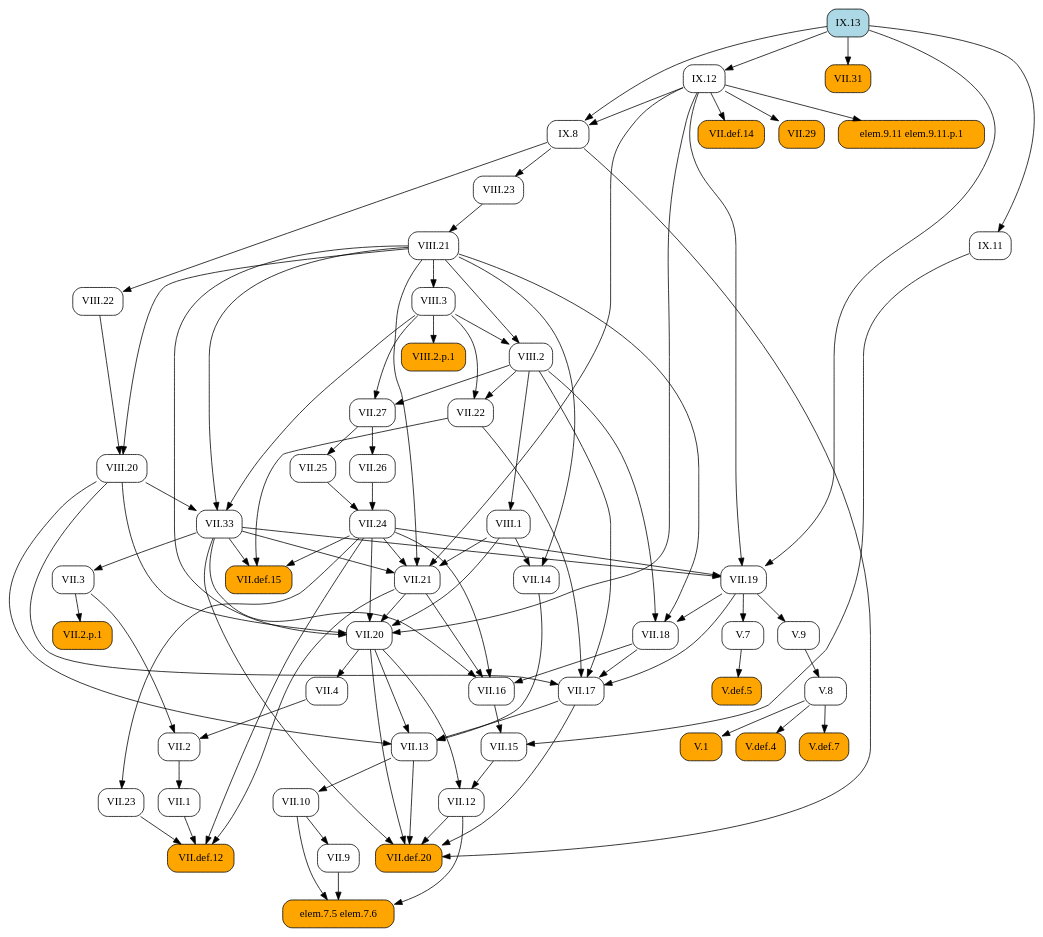
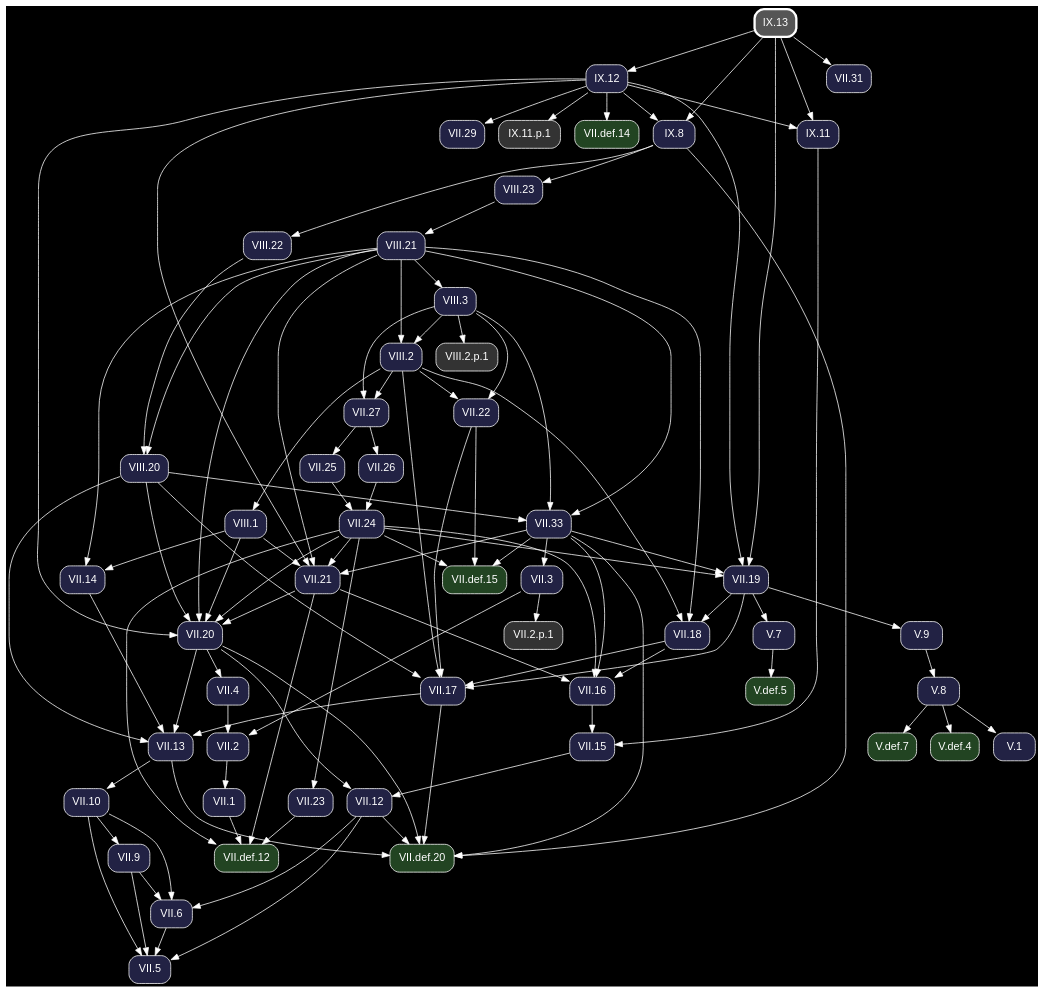
The diagram in docsrc/heath/IX/13/index.rst (geometor/elements), drawn with Graphviz before and after one commit. The commit also changed other lines of this file and 1200 other files, not shown here.

Commit message:
update dependency graphs

```diff
--- a/docsrc/heath/IX/13/index.rst
+++ b/docsrc/heath/IX/13/index.rst
@@ -100,155 +100,163 @@
 .. graphviz::
 
    digraph {
+     bgcolor="black";
+     node [shape=box, style="rounded,filled", fontname="Helvetica", color="white", fontcolor="white"];
+     edge [color="white", fontcolor="white"];
      rankdir="TB";
-     node [shape=box, style=rounded];
-     "IX.8" [URL="/heath/IX/8/", target="_top"];
-     "VII.def.14" [style="rounded,filled", fillcolor=orange, URL="/heath/VII/def.14/", target="_top"];
-     "VII.12" [URL="/heath/VII/12/", target="_top"];
-     "elem.7.5 elem.7.6" [style="rounded,filled", fillcolor=orange];
-     "VIII.20" [URL="/heath/VIII/20/", target="_top"];
-     "VII.33" [URL="/heath/VII/33/", target="_top"];
-     "VII.9" [URL="/heath/VII/9/", target="_top"];
-     "IX.12" [URL="/heath/IX/12/", target="_top"];
-     "VIII.2" [URL="/heath/VIII/2/", target="_top"];
-     "VII.18" [URL="/heath/VII/18/", target="_top"];
-     "VII.16" [URL="/heath/VII/16/", target="_top"];
-     "V.7" [URL="/heath/V/7/", target="_top"];
-     "VII.26" [URL="/heath/VII/26/", target="_top"];
-     "V.def.5" [style="rounded,filled", fillcolor=orange, URL="/heath/V/def.5/", target="_top"];
-     "V.9" [URL="/heath/V/9/", target="_top"];
-     "VII.10" [URL="/heath/VII/10/", target="_top"];
-     "VIII.3" [URL="/heath/VIII/3/", target="_top"];
-     "VII.13" [URL="/heath/VII/13/", target="_top"];
-     "VIII.23" [URL="/heath/VIII/23/", target="_top"];
-     "VII.29" [style="rounded,filled", fillcolor=orange, URL="/heath/VII/29/", target="_top"];
-     "VII.31" [style="rounded,filled", fillcolor=orange, URL="/heath/VII/31/", target="_top"];
-     "elem.9.11 elem.9.11.p.1" [style="rounded,filled", fillcolor=orange];
-     "VII.def.15" [style="rounded,filled", fillcolor=orange, URL="/heath/VII/def.15/", target="_top"];
-     "IX.13" [style="rounded,filled", fillcolor=lightblue, URL="/heath/IX/13/", target="_top"];
-     "VII.17" [URL="/heath/VII/17/", target="_top"];
-     "VII.19" [URL="/heath/VII/19/", target="_top"];
-     "VIII.2.p.1" [style="rounded,filled", fillcolor=orange];
-     "VII.2" [URL="/heath/VII/2/", target="_top"];
-     "VII.def.20" [style="rounded,filled", fillcolor=orange, URL="/heath/VII/def.20/", target="_top"];
-     "VII.2.p.1" [style="rounded,filled", fillcolor=orange];
-     "VII.15" [URL="/heath/VII/15/", target="_top"];
-     "V.def.4" [style="rounded,filled", fillcolor=orange, URL="/heath/V/def.4/", target="_top"];
-     "VIII.22" [URL="/heath/VIII/22/", target="_top"];
-     "V.def.7" [style="rounded,filled", fillcolor=orange, URL="/heath/V/def.7/", target="_top"];
-     "VIII.21" [URL="/heath/VIII/21/", target="_top"];
-     "VII.14" [URL="/heath/VII/14/", target="_top"];
-     "VII.27" [URL="/heath/VII/27/", target="_top"];
-     "VII.21" [URL="/heath/VII/21/", target="_top"];
-     "VII.1" [URL="/heath/VII/1/", target="_top"];
-     "VII.22" [URL="/heath/VII/22/", target="_top"];
-     "IX.11" [URL="/heath/IX/11/", target="_top"];
-     "VIII.1" [URL="/heath/VIII/1/", target="_top"];
-     "V.8" [URL="/heath/V/8/", target="_top"];
-     "VII.25" [URL="/heath/VII/25/", target="_top"];
-     "VII.23" [URL="/heath/VII/23/", target="_top"];
-     "VII.4" [URL="/heath/VII/4/", target="_top"];
-     "VII.def.12" [style="rounded,filled", fillcolor=orange, URL="/heath/VII/def.12/", target="_top"];
-     "V.1" [style="rounded,filled", fillcolor=orange, URL="/heath/V/1/", target="_top"];
-     "VII.3" [URL="/heath/VII/3/", target="_top"];
-     "VII.24" [URL="/heath/VII/24/", target="_top"];
-     "VII.20" [URL="/heath/VII/20/", target="_top"];
-     "IX.12" -> "IX.8";
-     "IX.13" -> "IX.8";
-     "IX.12" -> "VII.def.14";
-     "VII.15" -> "VII.12";
-     "VII.20" -> "VII.12";
-     "VII.9" -> "elem.7.5 elem.7.6";
-     "VII.10" -> "elem.7.5 elem.7.6";
-     "VII.12" -> "elem.7.5 elem.7.6";
-     "VIII.21" -> "VIII.20";
-     "VIII.22" -> "VIII.20";
+     "V.def.5" [fillcolor="#224422", URL="/heath/V/def.5/", target="_top"];
+     "VII.33" [fillcolor="#222244", URL="/heath/VII/33/", target="_top"];
+     "VII.29" [fillcolor="#222244", URL="/heath/VII/29/", target="_top"];
+     "VII.18" [fillcolor="#222244", URL="/heath/VII/18/", target="_top"];
+     "VII.2" [fillcolor="#222244", URL="/heath/VII/2/", target="_top"];
+     "IX.12" [fillcolor="#222244", URL="/heath/IX/12/", target="_top"];
+     "VII.def.20" [fillcolor="#224422", URL="/heath/VII/def.20/", target="_top"];
+     "VIII.21" [fillcolor="#222244", URL="/heath/VIII/21/", target="_top"];
+     "VII.26" [fillcolor="#222244", URL="/heath/VII/26/", target="_top"];
+     "VII.1" [fillcolor="#222244", URL="/heath/VII/1/", target="_top"];
+     "VII.13" [fillcolor="#222244", URL="/heath/VII/13/", target="_top"];
+     "VIII.2.p.1" [fillcolor="#333333"];
+     "VII.27" [fillcolor="#222244", URL="/heath/VII/27/", target="_top"];
+     "VII.4" [fillcolor="#222244", URL="/heath/VII/4/", target="_top"];
+     "VII.25" [fillcolor="#222244", URL="/heath/VII/25/", target="_top"];
+     "IX.8" [fillcolor="#222244", URL="/heath/IX/8/", target="_top"];
+     "VIII.20" [fillcolor="#222244", URL="/heath/VIII/20/", target="_top"];
+     "VIII.22" [fillcolor="#222244", URL="/heath/VIII/22/", target="_top"];
+     "VII.21" [fillcolor="#222244", URL="/heath/VII/21/", target="_top"];
+     "VII.9" [fillcolor="#222244", URL="/heath/VII/9/", target="_top"];
+     "V.7" [fillcolor="#222244", URL="/heath/V/7/", target="_top"];
+     "VII.12" [fillcolor="#222244", URL="/heath/VII/12/", target="_top"];
+     "IX.11.p.1" [fillcolor="#333333"];
+     "V.9" [fillcolor="#222244", URL="/heath/V/9/", target="_top"];
+     "VII.17" [fillcolor="#222244", URL="/heath/VII/17/", target="_top"];
+     "VII.24" [fillcolor="#222244", URL="/heath/VII/24/", target="_top"];
+     "VII.22" [fillcolor="#222244", URL="/heath/VII/22/", target="_top"];
+     "VIII.2" [fillcolor="#222244", URL="/heath/VIII/2/", target="_top"];
+     "V.def.7" [fillcolor="#224422", URL="/heath/V/def.7/", target="_top"];
+     "VII.20" [fillcolor="#222244", URL="/heath/VII/20/", target="_top"];
+     "V.def.4" [fillcolor="#224422", URL="/heath/V/def.4/", target="_top"];
+     "VII.5" [fillcolor="#222244", URL="/heath/VII/5/", target="_top"];
+     "VIII.23" [fillcolor="#222244", URL="/heath/VIII/23/", target="_top"];
+     "VII.def.15" [fillcolor="#224422", URL="/heath/VII/def.15/", target="_top"];
+     "VIII.3" [fillcolor="#222244", URL="/heath/VIII/3/", target="_top"];
+     "IX.11" [fillcolor="#222244", URL="/heath/IX/11/", target="_top"];
+     "VII.2.p.1" [fillcolor="#333333"];
+     "VII.6" [fillcolor="#222244", URL="/heath/VII/6/", target="_top"];
+     "VII.16" [fillcolor="#222244", URL="/heath/VII/16/", target="_top"];
+     "VII.def.14" [fillcolor="#224422", URL="/heath/VII/def.14/", target="_top"];
+     "VII.15" [fillcolor="#222244", URL="/heath/VII/15/", target="_top"];
+     "V.1" [fillcolor="#222244", URL="/heath/V/1/", target="_top"];
+     "VII.10" [fillcolor="#222244", URL="/heath/VII/10/", target="_top"];
+     "VII.23" [fillcolor="#222244", URL="/heath/VII/23/", target="_top"];
+     "VII.def.12" [fillcolor="#224422", URL="/heath/VII/def.12/", target="_top"];
+     "VII.19" [fillcolor="#222244", URL="/heath/VII/19/", target="_top"];
+     "VIII.1" [fillcolor="#222244", URL="/heath/VIII/1/", target="_top"];
+     "V.8" [fillcolor="#222244", URL="/heath/V/8/", target="_top"];
+     "IX.13" [penwidth=3, color="white", fillcolor="#555555", URL="/heath/IX/13/", target="_top"];
+     "VII.3" [fillcolor="#222244", URL="/heath/VII/3/", target="_top"];
+     "VII.31" [fillcolor="#222244", URL="/heath/VII/31/", target="_top"];
+     "VII.14" [fillcolor="#222244", URL="/heath/VII/14/", target="_top"];
+     "V.7" -> "V.def.5";
      "VIII.3" -> "VII.33";
      "VIII.20" -> "VII.33";
      "VIII.21" -> "VII.33";
-     "VII.10" -> "VII.9";
-     "IX.13" -> "IX.12";
-     "VIII.3" -> "VIII.2";
-     "VIII.21" -> "VIII.2";
+     "IX.12" -> "VII.29";
      "VII.19" -> "VII.18";
      "VIII.2" -> "VII.18";
      "VIII.21" -> "VII.18";
-     "VII.18" -> "VII.16";
-     "VII.21" -> "VII.16";
-     "VII.24" -> "VII.16";
-     "VII.33" -> "VII.16";
-     "VII.19" -> "V.7";
-     "VII.27" -> "VII.26";
-     "V.7" -> "V.def.5";
-     "VII.19" -> "V.9";
-     "VII.13" -> "VII.10";
-     "VIII.21" -> "VIII.3";
-     "VII.14" -> "VII.13";
-     "VII.17" -> "VII.13";
-     "VII.20" -> "VII.13";
-     "VIII.20" -> "VII.13";
-     "IX.8" -> "VIII.23";
-     "IX.12" -> "VII.29";
-     "IX.13" -> "VII.31";
-     "IX.12" -> "elem.9.11 elem.9.11.p.1";
-     "VII.22" -> "VII.def.15";
-     "VII.24" -> "VII.def.15";
-     "VII.33" -> "VII.def.15";
-     "VII.18" -> "VII.17";
-     "VII.19" -> "VII.17";
-     "VII.22" -> "VII.17";
-     "VIII.2" -> "VII.17";
-     "VIII.20" -> "VII.17";
-     "VII.24" -> "VII.19";
-     "VII.33" -> "VII.19";
-     "IX.12" -> "VII.19";
-     "IX.13" -> "VII.19";
-     "VIII.3" -> "VIII.2.p.1";
      "VII.3" -> "VII.2";
      "VII.4" -> "VII.2";
+     "IX.13" -> "IX.12";
      "VII.12" -> "VII.def.20";
      "VII.13" -> "VII.def.20";
      "VII.17" -> "VII.def.20";
      "VII.20" -> "VII.def.20";
      "VII.33" -> "VII.def.20";
      "IX.8" -> "VII.def.20";
-     "VII.3" -> "VII.2.p.1";
-     "VII.16" -> "VII.15";
-     "IX.11" -> "VII.15";
-     "V.8" -> "V.def.4";
-     "IX.8" -> "VIII.22";
-     "V.8" -> "V.def.7";
      "VIII.23" -> "VIII.21";
-     "VIII.1" -> "VII.14";
-     "VIII.21" -> "VII.14";
+     "VII.27" -> "VII.26";
+     "VII.2" -> "VII.1";
+     "VII.14" -> "VII.13";
+     "VII.17" -> "VII.13";
+     "VII.20" -> "VII.13";
+     "VIII.20" -> "VII.13";
+     "VIII.3" -> "VIII.2.p.1";
      "VIII.2" -> "VII.27";
      "VIII.3" -> "VII.27";
+     "VII.20" -> "VII.4";
+     "VII.27" -> "VII.25";
+     "IX.12" -> "IX.8";
+     "IX.13" -> "IX.8";
+     "VIII.21" -> "VIII.20";
+     "VIII.22" -> "VIII.20";
+     "IX.8" -> "VIII.22";
      "VII.24" -> "VII.21";
      "VII.33" -> "VII.21";
      "VIII.1" -> "VII.21";
      "VIII.21" -> "VII.21";
      "IX.12" -> "VII.21";
-     "VII.2" -> "VII.1";
+     "VII.10" -> "VII.9";
+     "VII.19" -> "V.7";
+     "VII.15" -> "VII.12";
+     "VII.20" -> "VII.12";
+     "IX.12" -> "IX.11.p.1";
+     "VII.19" -> "V.9";
+     "VII.18" -> "VII.17";
+     "VII.19" -> "VII.17";
+     "VII.22" -> "VII.17";
+     "VIII.2" -> "VII.17";
+     "VIII.20" -> "VII.17";
+     "VII.25" -> "VII.24";
+     "VII.26" -> "VII.24";
      "VIII.2" -> "VII.22";
      "VIII.3" -> "VII.22";
-     "IX.13" -> "IX.11";
-     "VIII.2" -> "VIII.1";
-     "V.9" -> "V.8";
-     "VII.27" -> "VII.25";
-     "VII.24" -> "VII.23";
-     "VII.20" -> "VII.4";
-     "VII.1" -> "VII.def.12";
-     "VII.21" -> "VII.def.12";
-     "VII.23" -> "VII.def.12";
-     "VII.24" -> "VII.def.12";
-     "V.8" -> "V.1";
-     "VII.33" -> "VII.3";
-     "VII.25" -> "VII.24";
-     "VII.26" -> "VII.24";
+     "VIII.3" -> "VIII.2";
+     "VIII.21" -> "VIII.2";
+     "V.8" -> "V.def.7";
      "VII.21" -> "VII.20";
      "VII.24" -> "VII.20";
      "VIII.1" -> "VII.20";
      "VIII.20" -> "VII.20";
      "VIII.21" -> "VII.20";
      "IX.12" -> "VII.20";
+     "V.8" -> "V.def.4";
+     "VII.6" -> "VII.5";
+     "VII.9" -> "VII.5";
+     "VII.10" -> "VII.5";
+     "VII.12" -> "VII.5";
+     "IX.8" -> "VIII.23";
+     "VII.22" -> "VII.def.15";
+     "VII.24" -> "VII.def.15";
+     "VII.33" -> "VII.def.15";
+     "VIII.21" -> "VIII.3";
+     "IX.12" -> "IX.11";
+     "IX.13" -> "IX.11";
+     "VII.3" -> "VII.2.p.1";
+     "VII.9" -> "VII.6";
+     "VII.10" -> "VII.6";
+     "VII.12" -> "VII.6";
+     "VII.18" -> "VII.16";
+     "VII.21" -> "VII.16";
+     "VII.24" -> "VII.16";
+     "VII.33" -> "VII.16";
+     "IX.12" -> "VII.def.14";
+     "VII.16" -> "VII.15";
+     "IX.11" -> "VII.15";
+     "V.8" -> "V.1";
+     "VII.13" -> "VII.10";
+     "VII.24" -> "VII.23";
+     "VII.1" -> "VII.def.12";
+     "VII.21" -> "VII.def.12";
+     "VII.23" -> "VII.def.12";
+     "VII.24" -> "VII.def.12";
+     "VII.24" -> "VII.19";
+     "VII.33" -> "VII.19";
+     "IX.12" -> "VII.19";
+     "IX.13" -> "VII.19";
+     "VIII.2" -> "VIII.1";
+     "V.9" -> "V.8";
+     "VII.33" -> "VII.3";
+     "IX.13" -> "VII.31";
+     "VIII.1" -> "VII.14";
+     "VIII.21" -> "VII.14";
    }
```
